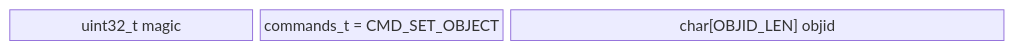
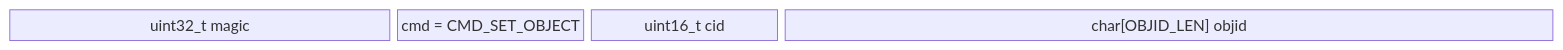
The first of 3 diagrams in Protocol.md (rawstor/rawstor_docs), drawn with Mermaid before and after one commit. The commit also changed other lines of this file, not shown here.

Commit message:
add: cid in all requests

````diff
--- a/Protocol.md
+++ b/Protocol.md
@@ -19,5 +21,5 @@
 ```mermaid
 block-beta
   columns 8
-  0["uint32_t magic"]:1 a["commands_t = CMD_SET_OBJECT"]:1 b["char[OBJID_LEN] objid"]:2
+  0["uint32_t magic"]:2 a["cmd = CMD_SET_OBJECT"]:1 aa["uint16_t cid"]:1 b["char[OBJID_LEN] objid"]:4
 ```
````
